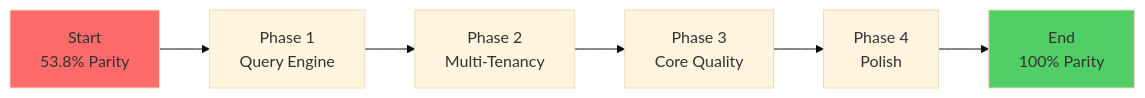
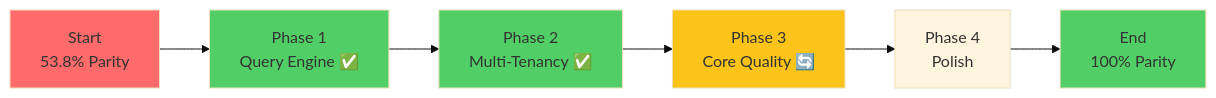
Before and after one commit to raphaelmansuy/edgequake: the diagram in gap_analysis/implementation_plan/00-INDEX.md, drawn with Mermaid (base theme). The commit also changed other lines of this file and 17 other files, not shown here.

````diff
--- a/gap_analysis/implementation_plan/00-INDEX.md
+++ b/gap_analysis/implementation_plan/00-INDEX.md
@@ -25,11 +25,14 @@
 ```mermaid
 graph LR
-    A[Start<br>53.8% Parity] --> B[Phase 1<br>Query Engine]
-    B --> C[Phase 2<br>Multi-Tenancy]
-    C --> D[Phase 3<br>Core Quality]
+    A[Start<br>53.8% Parity] --> B[Phase 1<br>Query Engine ✅]
+    B --> C[Phase 2<br>Multi-Tenancy ✅]
+    C --> D[Phase 3<br>Core Quality 🔄]
     D --> E[Phase 4<br>Polish]
     E --> F[End<br>100% Parity]
 
     style A fill:#ff6b6b
+    style B fill:#51cf66
+    style C fill:#51cf66
+    style D fill:#fcc419
     style F fill:#51cf66
 ```
````
